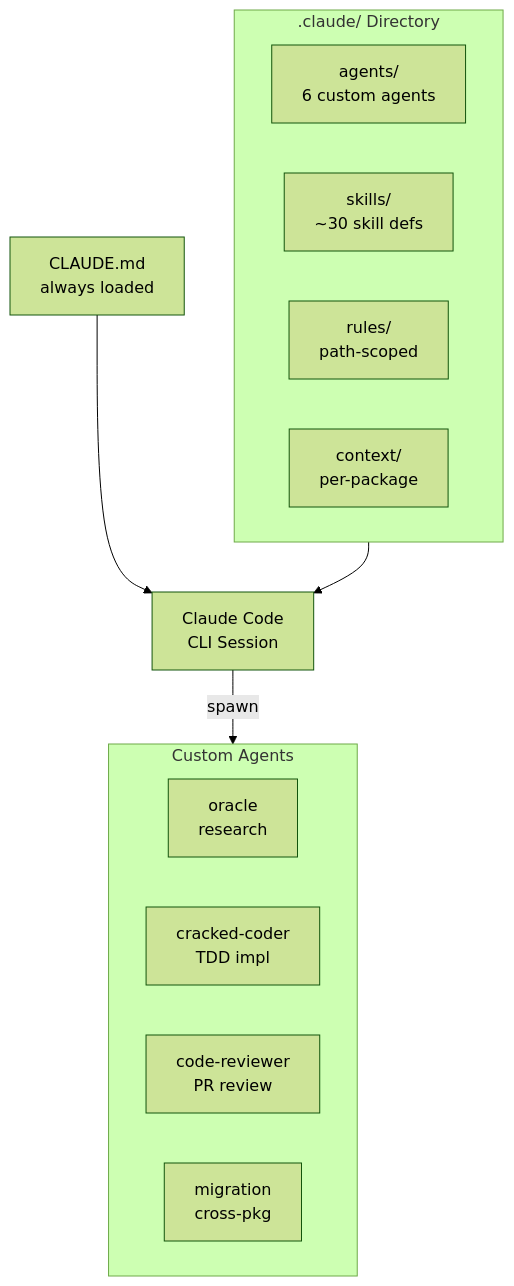
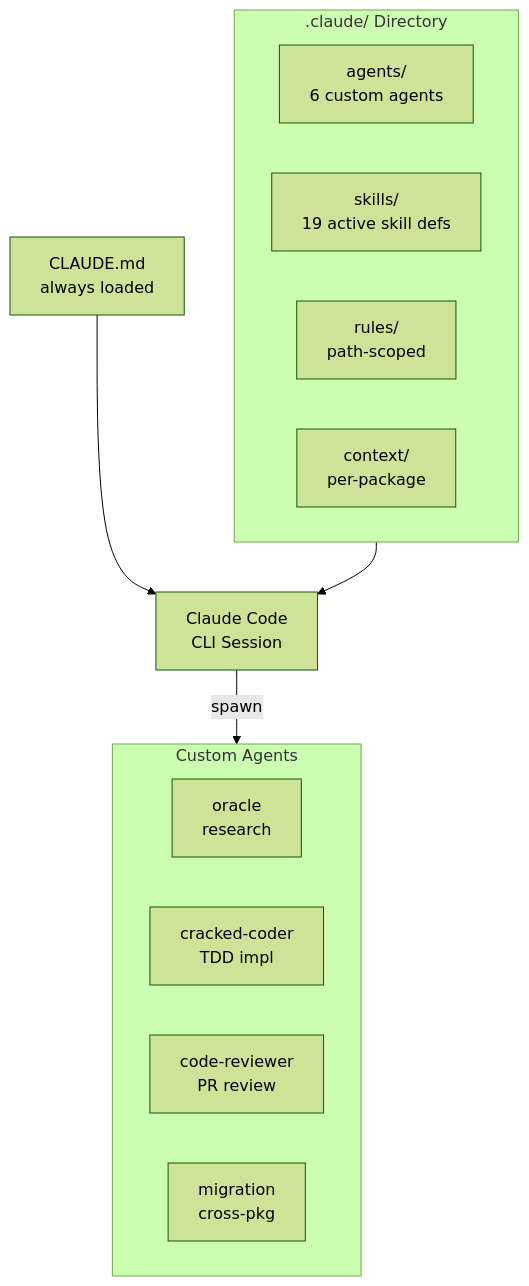
Before and after one commit to greenpill-dev-guild/green-goods: the diagram in docs/docs/builders/agentic/claude-code.mdx, drawn with Mermaid (forest theme). The commit also changed other lines of this file and 7 other files, not shown here.

````diff
--- a/docs/docs/builders/agentic/claude-code.mdx
+++ b/docs/docs/builders/agentic/claude-code.mdx
@@ -15,21 +15,21 @@
 ```mermaid
 graph TB
     subgraph Config[".claude/ Directory"]
         Agents["agents/\n6 custom agents"]
-        Skills["skills/\n~30 skill defs"]
+        Skills["skills/\n19 active skill defs"]
         Rules["rules/\npath-scoped"]
         Context["context/\nper-package"]
     end
 
     CLAUDE["CLAUDE.md\nalways loaded"] --> Session["Claude Code\nCLI Session"]
     Config --> Session
 
     subgraph AgentTypes["Custom Agents"]
         Oracle["oracle\nresearch"]
         Cracked["cracked-coder\nTDD impl"]
         Reviewer["code-reviewer\nPR review"]
         Migrate["migration\ncross-pkg"]
     end
 
     Session -->|spawn| AgentTypes
 ```
````
